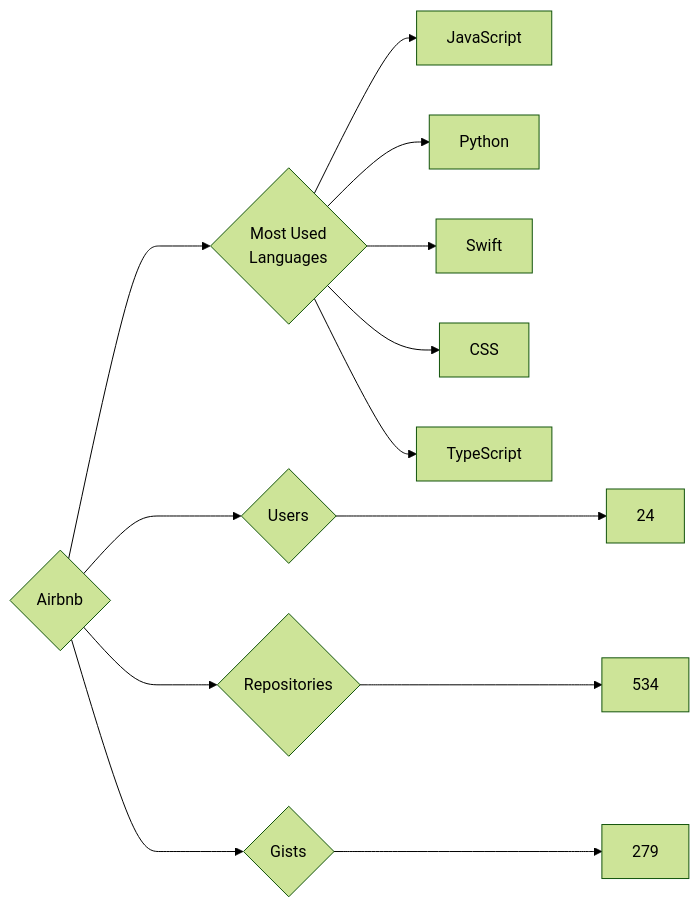
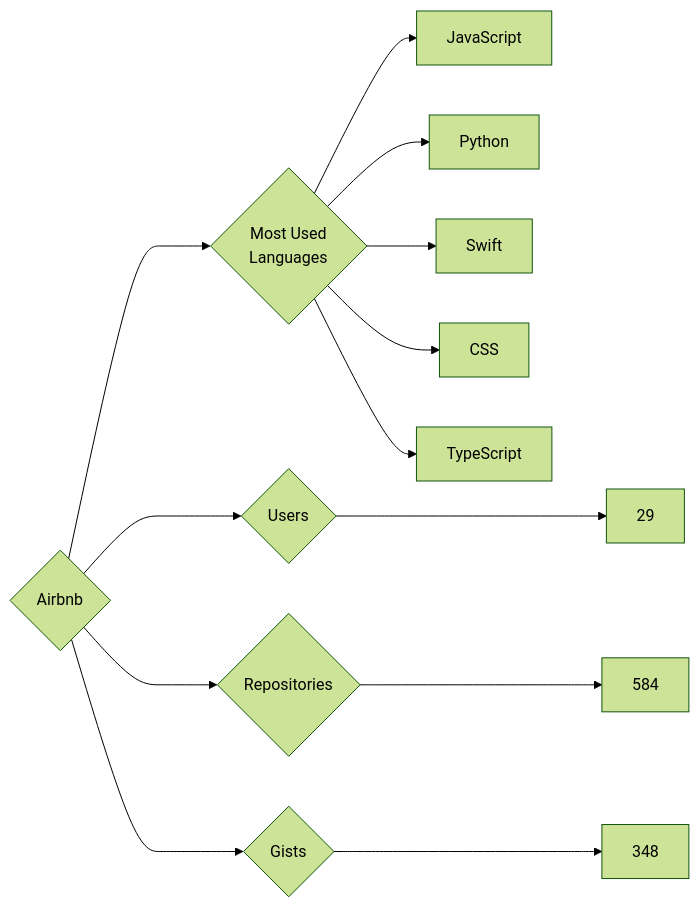
The diagram in targets/Airbnb/README.md (trickest/insiders), drawn with Mermaid (forest theme) before and after one commit. The commit also changed 736 other files, not shown here.

````diff
--- a/targets/Airbnb/README.md
+++ b/targets/Airbnb/README.md
@@ -3,13 +3,13 @@
 ```mermaid
 graph LR
 COMPANY_NAME{Airbnb}
-COMPANY_NAME ---> U{Users} ---> UN[24]
-COMPANY_NAME ---> R{Repositories} ---> RN[534]
-COMPANY_NAME ---> G{Gists} ---> GN[279]
+COMPANY_NAME ---> U{Users} ---> UN[29]
+COMPANY_NAME ---> R{Repositories} ---> RN[584]
+COMPANY_NAME ---> G{Gists} ---> GN[348]
 COMPANY_NAME ---> ML{Most Used<br>Languages}
 ML --> JavaScript[JavaScript]
 ML --> Python[Python]
 ML --> Swift[Swift]
 ML --> CSS[CSS]
 ML --> TypeScript[TypeScript]
 ```
````
